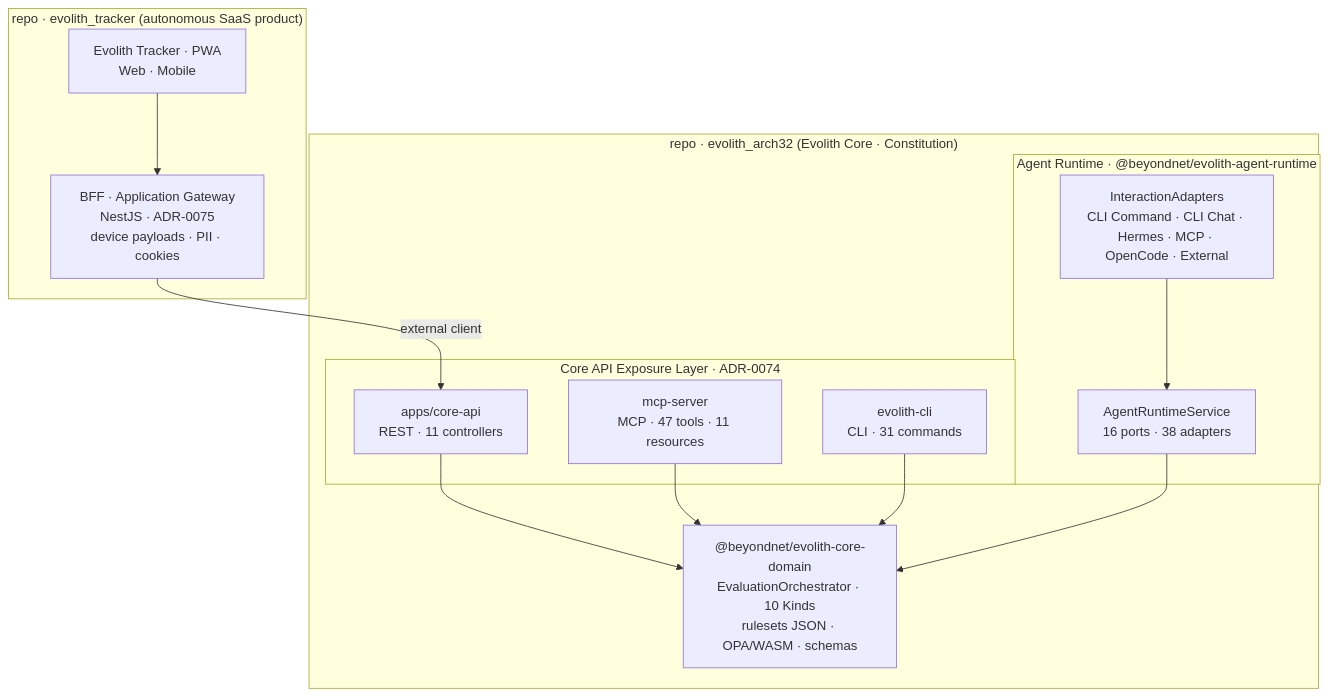
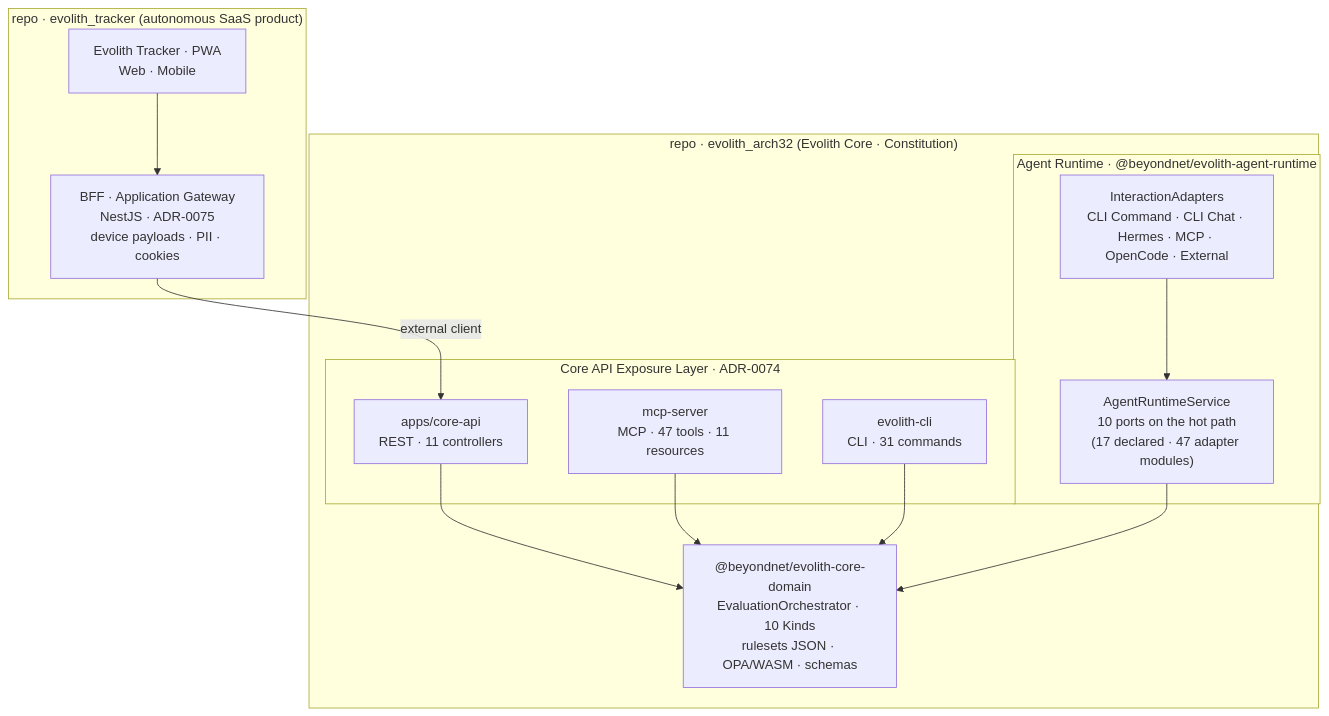
Before and after one commit to beyondnetcode/evolith_arch32: the diagram in product/suite/vision/evolith-product-vision-master.md, drawn with Mermaid. The commit also changed other lines of this file and 90 other files, not shown here.

````diff
--- a/product/suite/vision/evolith-product-vision-master.md
+++ b/product/suite/vision/evolith-product-vision-master.md
@@ -157,24 +157,24 @@
 ```mermaid
 flowchart TB
   subgraph TRK["repo · evolith_tracker (autonomous SaaS product)"]
     PWA["Evolith Tracker · PWA<br/>Web · Mobile"] --> BFF["BFF · Application Gateway<br/>NestJS · ADR-0075<br/>device payloads · PII · cookies"]
   end
   subgraph CORE["repo · evolith_arch32 (Evolith Core · Constitution)"]
     subgraph EXP["Core API Exposure Layer · ADR-0074"]
       API["apps/core-api<br/>REST · 11 controllers"]
       MCP["mcp-server<br/>MCP · 47 tools · 11 resources"]
       CLI["evolith-cli<br/>CLI · 31 commands"]
     end
     subgraph RT["Agent Runtime · @beyondnet/evolith-agent-runtime"]
-      ARS["AgentRuntimeService<br/>16 ports · 38 adapters"]
+      ARS["AgentRuntimeService<br/>10 ports on the hot path<br/>(17 declared · 47 adapter modules)"]
       IA["InteractionAdapters<br/>CLI Command · CLI Chat · Hermes · MCP · OpenCode · External"]
     end
     DOM["@beyondnet/evolith-core-domain<br/>EvaluationOrchestrator · 10 Kinds<br/>rulesets JSON · OPA/WASM · schemas"]
     API --> DOM
     MCP --> DOM
     CLI --> DOM
     ARS --> DOM
     IA --> ARS
   end
   BFF -->|external client| API
 ```
````
